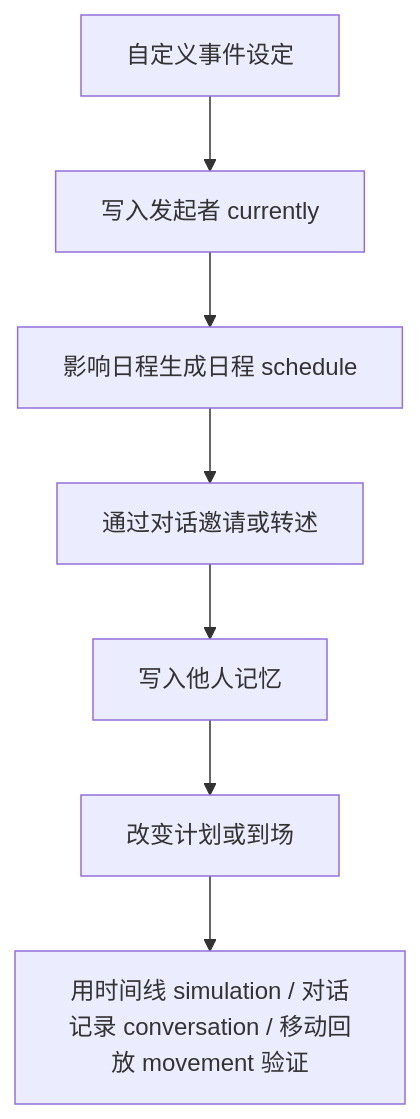
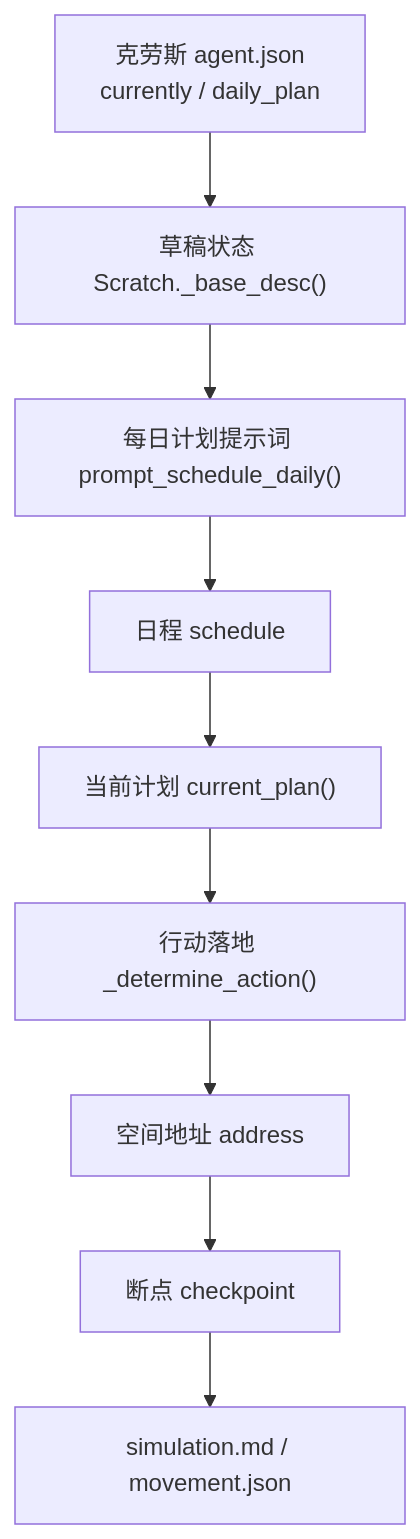
One commit to tbkken/GenerativeAgentsCN changed the second of 3 diagrams in docs/book/manuscript/part_04/chapter_26.md. Above: the diagram before and after it, drawn with Mermaid. The commit also changed other lines of this file and 24 other files, not shown here.

````diff
--- a/docs/book/manuscript/part_04/chapter_26.md
+++ b/docs/book/manuscript/part_04/chapter_26.md
@@ -132,9 +274,11 @@
 ```mermaid
 flowchart TD
-    Idea["自定义事件设定"] --> Currently["写入发起者 currently"]
-    Currently --> Schedule["影响日程生成日程 schedule"]
-    Schedule --> Dialogue["通过对话邀请或转述"]
-    Dialogue --> Memory["写入他人记忆"]
-    Memory --> Action["改变计划或到场"]
-    Action --> Evidence["用时间线 simulation / 对话记录 conversation / 移动回放 movement 验证"]
+    Config["克劳斯 agent.json<br/>currently / daily_plan"] --> Scratch["草稿状态 Scratch._base_desc()"]
+    Scratch --> DailyPrompt["每日计划提示词 prompt_schedule_daily()"]
+    DailyPrompt --> Schedule["日程 schedule"]
+    Schedule --> CurrentPlan["当前计划 current_plan()"]
+    CurrentPlan --> Determine["行动落地 _determine_action()"]
+    Determine --> Address["空间地址 address"]
+    Address --> Checkpoint["断点 checkpoint"]
+    Checkpoint --> Compress["simulation.md / movement.json"]
 ```
````
